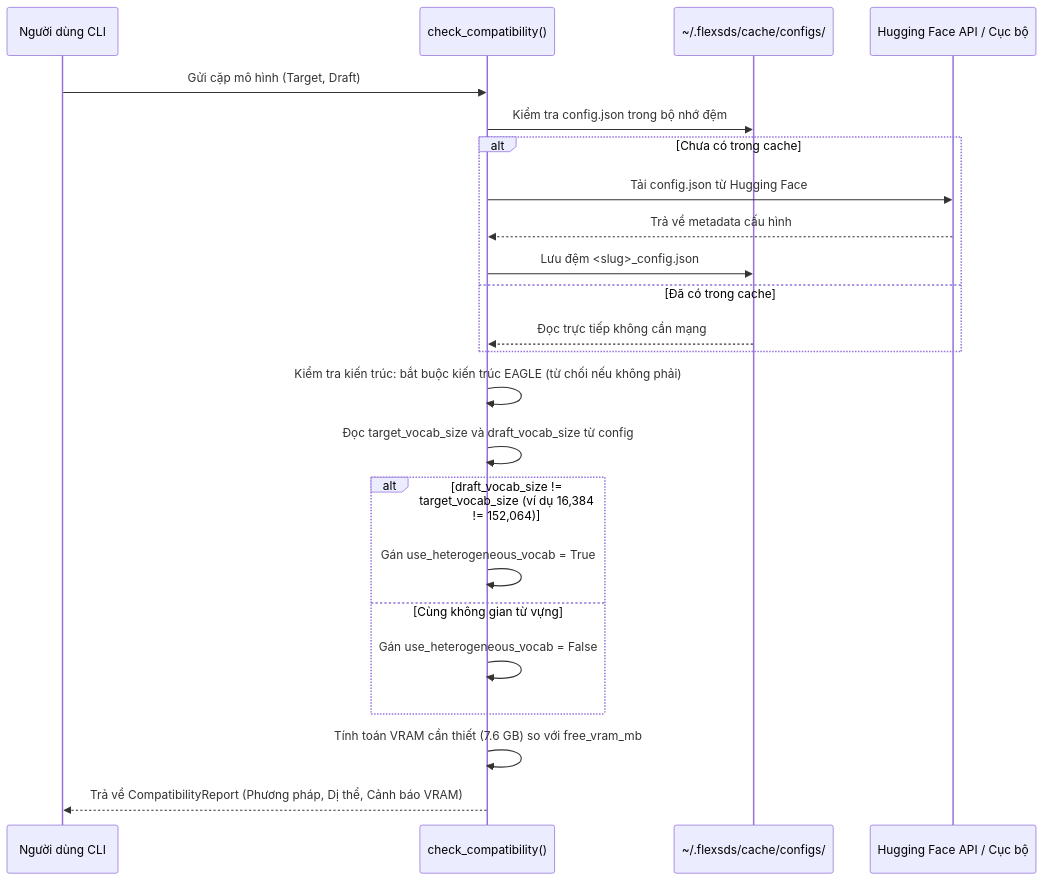
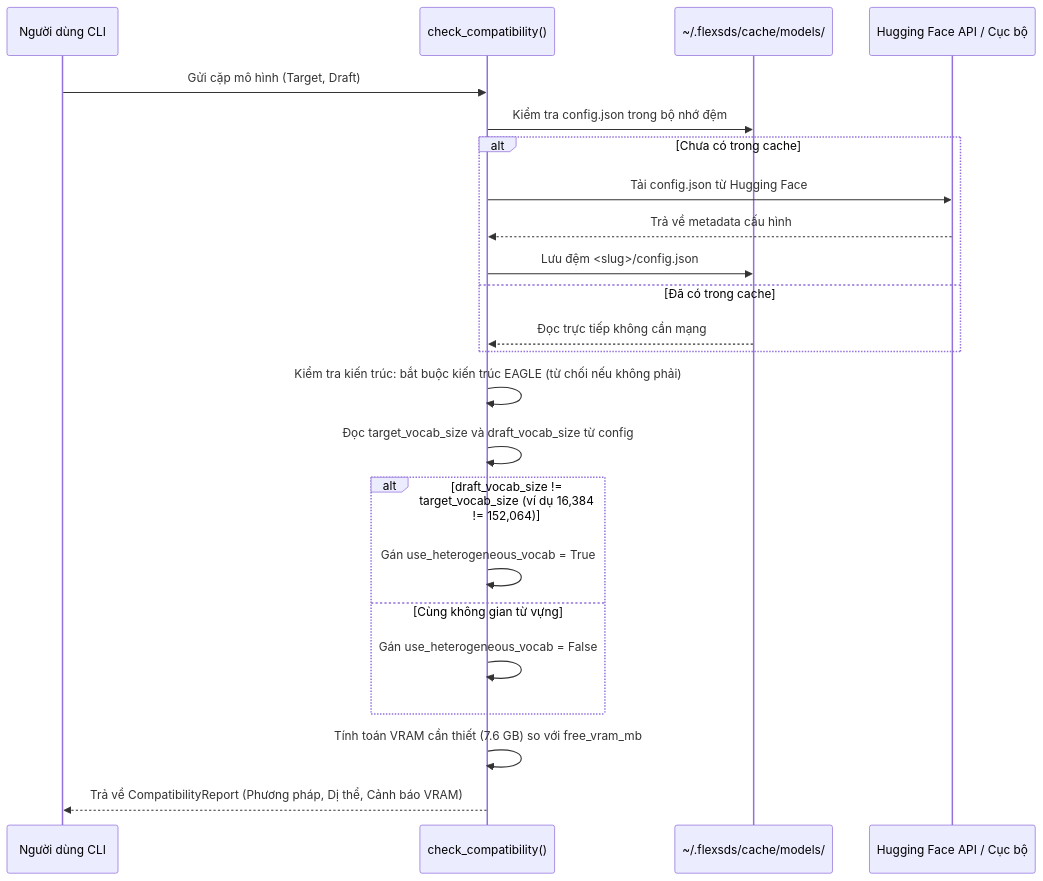
The fourth of 6 diagrams in logs/Khoi/spec&plan/flexsds_cli_system_design_document.md (theflyingkhui04/do-an-ptit-d22), drawn with Mermaid before and after one commit. The commit also changed other lines of this file and 13 other files, not shown here.

````diff
--- a/logs/Khoi/spec&plan/flexsds_cli_system_design_document.md
+++ b/logs/Khoi/spec&plan/flexsds_cli_system_design_document.md
@@ -224,26 +224,26 @@
 ```mermaid
 sequenceDiagram
     participant User as Người dùng CLI
     participant Guard as check_compatibility()
-    participant Cache as ~/.flexsds/cache/configs/
+    participant Cache as ~/.flexsds/cache/models/
     participant HF as Hugging Face API / Cục bộ
 
     User->>Guard: Gửi cặp mô hình (Target, Draft)
     Guard->>Cache: Kiểm tra config.json trong bộ nhớ đệm
     alt Chưa có trong cache
         Guard->>HF: Tải config.json từ Hugging Face
         HF-->>Guard: Trả về metadata cấu hình
-        Guard->>Cache: Lưu đệm <slug>_config.json
+        Guard->>Cache: Lưu đệm <slug>/config.json
     else Đã có trong cache
         Cache-->>Guard: Đọc trực tiếp không cần mạng
     end
     Guard->>Guard: Kiểm tra kiến trúc: bắt buộc kiến trúc EAGLE (từ chối nếu không phải)
     Guard->>Guard: Đọc target_vocab_size và draft_vocab_size từ config
     alt draft_vocab_size != target_vocab_size (ví dụ 16,384 != 152,064)
         Guard->>Guard: Gán use_heterogeneous_vocab = True
     else Cùng không gian từ vựng
         Guard->>Guard: Gán use_heterogeneous_vocab = False
     end
     Guard->>Guard: Tính toán VRAM cần thiết (7.6 GB) so với free_vram_mb
     Guard-->>User: Trả về CompatibilityReport (Phương pháp, Dị thể, Cảnh báo VRAM)
 ```
````
